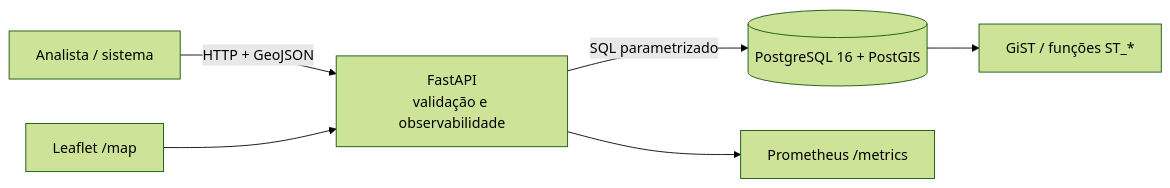
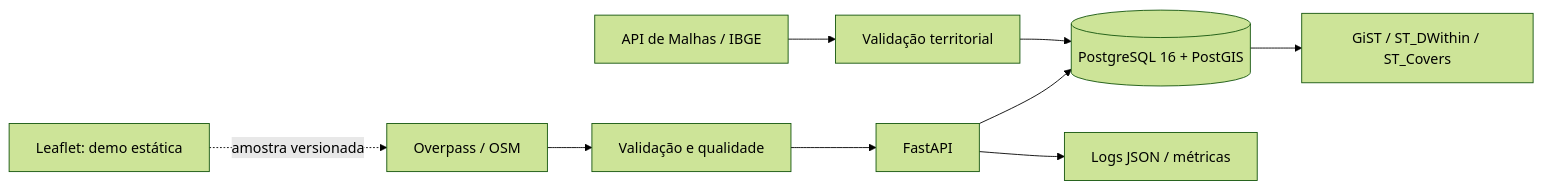
The diagram in README.md (endeson12/geo-intelligence-api), drawn with Mermaid (forest theme) before and after one commit. The commit also changed other lines of this file and 32 other files, not shown here.

````diff
--- a/README.md
+++ b/README.md
@@ -26,9 +51,11 @@
 ```mermaid
 flowchart LR
-  U[Analista / sistema] -->|HTTP + GeoJSON| API[FastAPI
-validação e observabilidade]
-  API -->|SQL parametrizado| PG[(PostgreSQL 16 + PostGIS)]
-  PG --> G[GiST / funções ST_*]
-  API --> M[Prometheus /metrics]
-  MAP[Leaflet /map] --> API
+  OSM[Overpass / OSM] --> Q[Validação e qualidade]
+  IBGE[API de Malhas / IBGE] --> T[Validação territorial]
+  Q --> API[FastAPI]
+  T --> PG[(PostgreSQL 16 + PostGIS)]
+  API --> PG
+  PG --> G[GiST / ST_DWithin / ST_Covers]
+  WEB[Leaflet: demo estática] -. amostra versionada .-> OSM
+  API --> OBS[Logs JSON / métricas]
 ```
````
